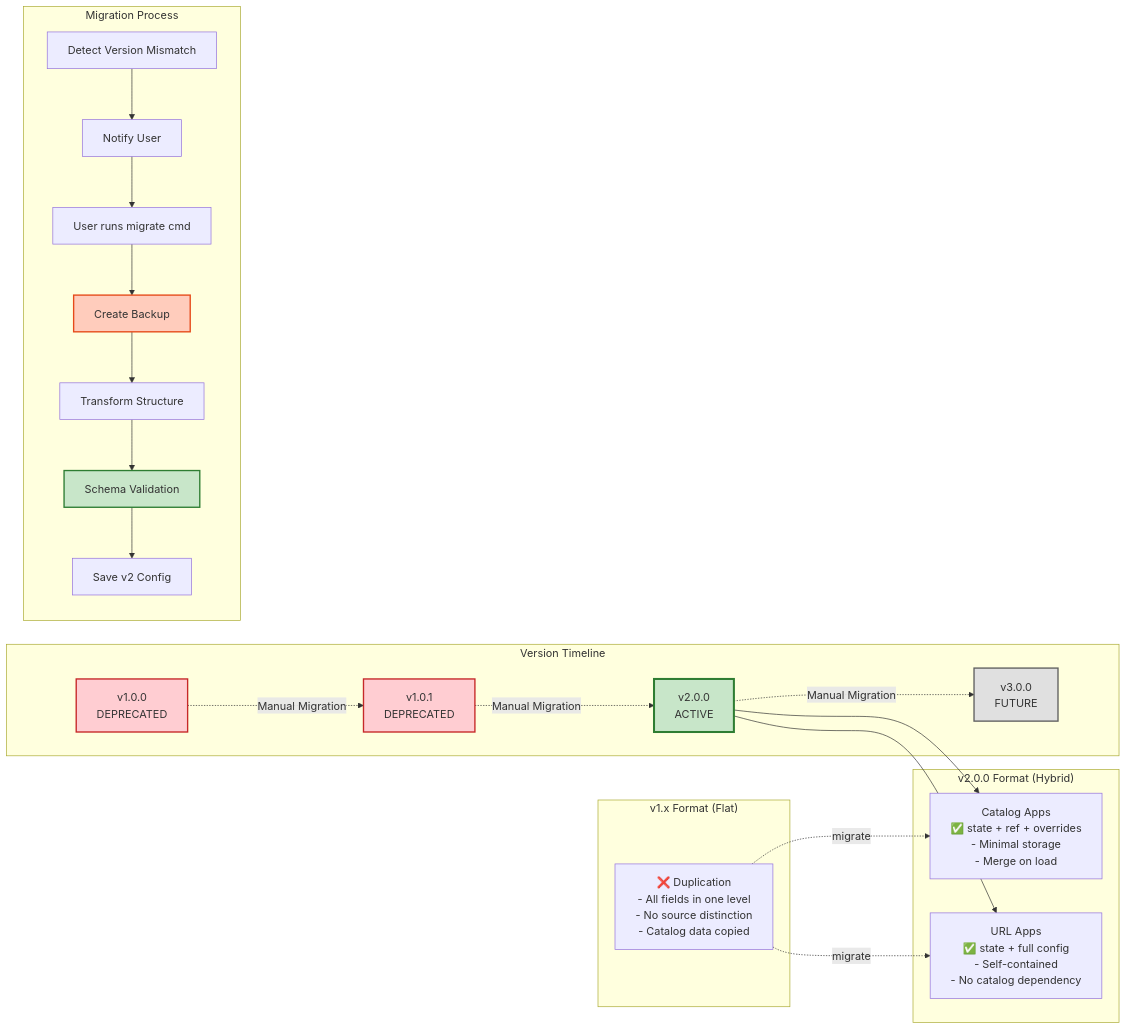
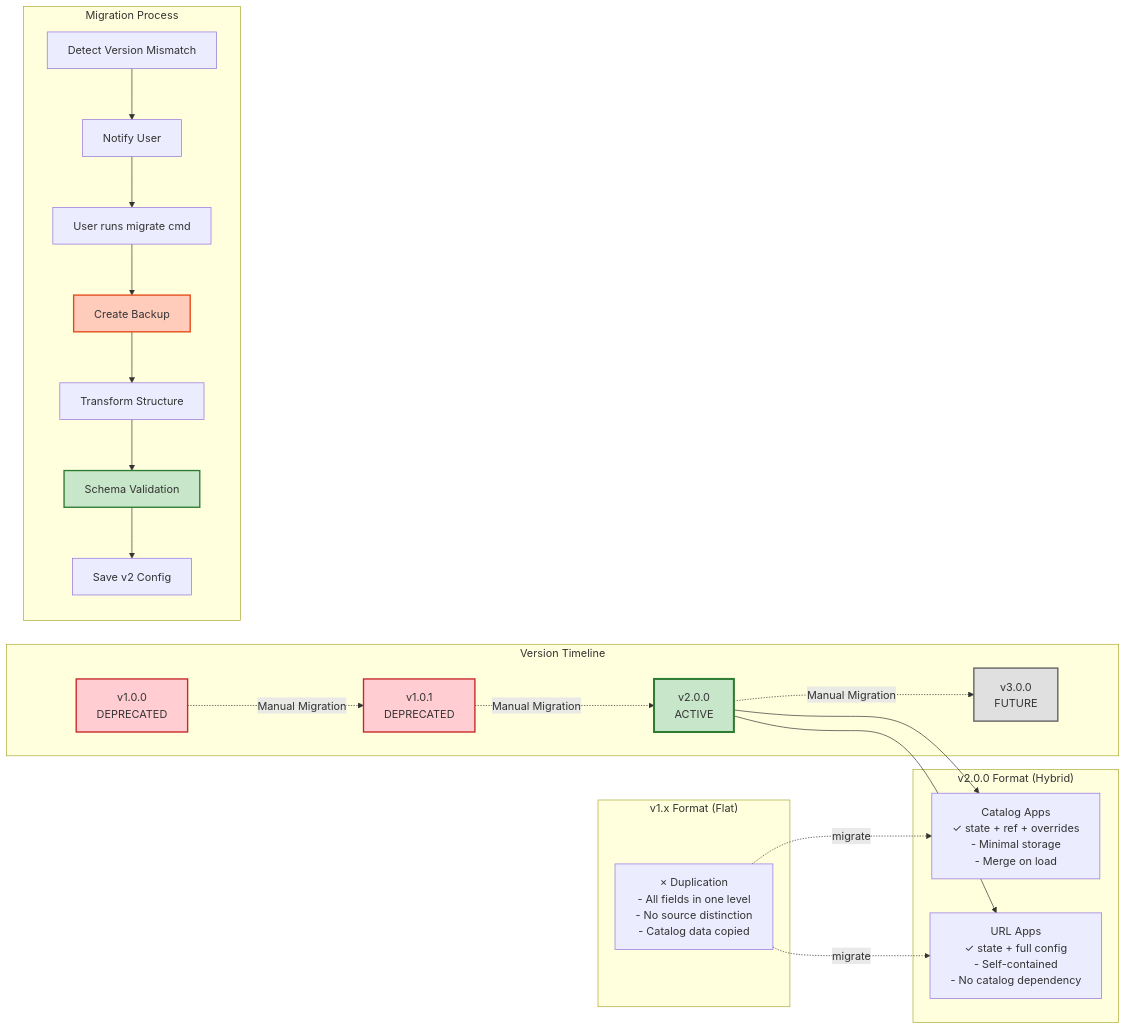
Before and after one commit to Cyber-Syntax/my-unicorn: the fifth of 5 diagrams in docs/dev/architecture/config-blueprint.md, drawn with Mermaid. The commit also changed other lines of this file and 69 other files, not shown here.

````diff
--- a/docs/dev/architecture/config-blueprint.md
+++ b/docs/dev/architecture/config-blueprint.md
@@ -897,60 +897,60 @@
 ```mermaid
 graph LR
     subgraph "Version Timeline"
         V1_0_0[v1.0.0<br/>DEPRECATED]
         V1_0_1[v1.0.1<br/>DEPRECATED]
         V2_0_0[v2.0.0<br/>ACTIVE]
         V3_0_0[v3.0.0<br/>FUTURE]
         
         V1_0_0 -.->|Manual Migration| V1_0_1
         V1_0_1 -.->|Manual Migration| V2_0_0
         V2_0_0 -.->|Manual Migration| V3_0_0
     end
     
     subgraph "v1.x Format (Flat)"
         V1_Structure["
-        ❌ Duplication
+        × Duplication
         - All fields in one level
         - No source distinction
         - Catalog data copied
         "]
     end
     
     subgraph "v2.0.0 Format (Hybrid)"
         V2_Catalog["
         Catalog Apps
-        ✅ state + ref + overrides
+        ✓ state + ref + overrides
         - Minimal storage
         - Merge on load
         "]
         
         V2_URL["
         URL Apps
-        ✅ state + full config
+        ✓ state + full config
         - Self-contained
         - No catalog dependency
         "]
     end
     
     subgraph "Migration Process"
         Detect[Detect Version Mismatch] --> Notify[Notify User]
         Notify --> UserCmd[User runs migrate cmd]
         UserCmd --> Backup[Create Backup]
         Backup --> Transform[Transform Structure]
         Transform --> Validate[Schema Validation]
         Validate --> Save[Save v2 Config]
     end
     
     V1_Structure -.->|migrate| V2_Catalog
     V1_Structure -.->|migrate| V2_URL
     
     V2_0_0 --> V2_Catalog
     V2_0_0 --> V2_URL
     
     style V2_0_0 fill:#c8e6c9,stroke:#2e7d32,stroke-width:3px
     style V1_0_0 fill:#ffcdd2,stroke:#c62828,stroke-width:2px
     style V1_0_1 fill:#ffcdd2,stroke:#c62828,stroke-width:2px
     style V3_0_0 fill:#e0e0e0,stroke:#616161,stroke-width:2px
     style Backup fill:#ffccbc,stroke:#e64a19,stroke-width:2px
     style Validate fill:#c8e6c9,stroke:#2e7d32,stroke-width:2px
 ```
````
